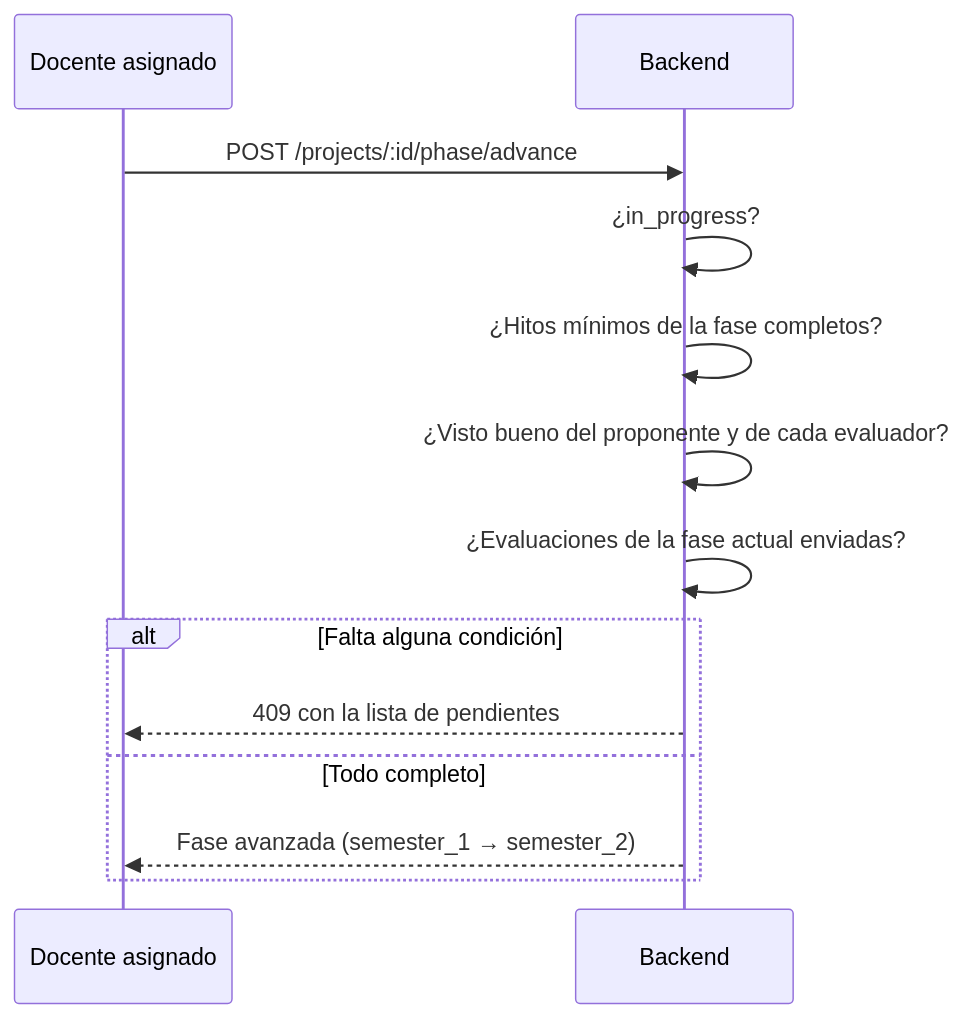
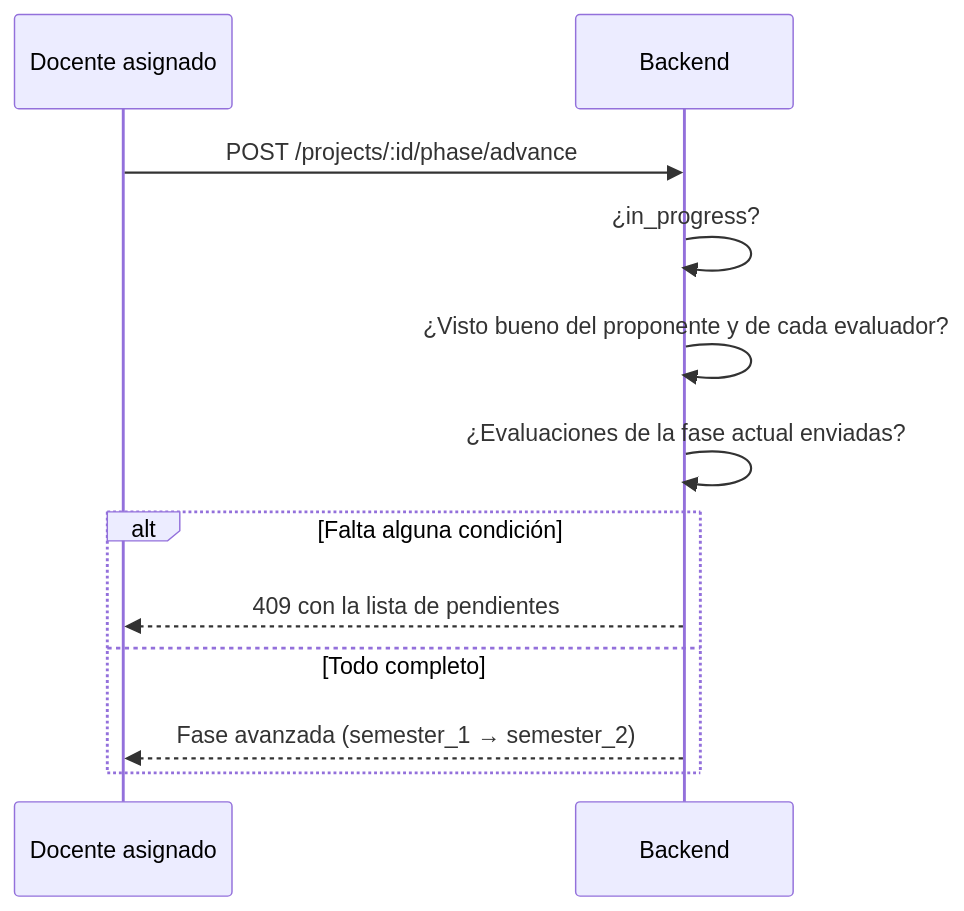
One commit to ISCOUTB/CapstoneHUB changed the seventh of 8 diagrams in docs/arc42.md. Above: the diagram before and after it, drawn with Mermaid. The commit also changed other lines of this file and 4 other files, not shown here.

````diff
--- a/docs/arc42.md
+++ b/docs/arc42.md
@@ -378,15 +378,14 @@
 ```mermaid
 sequenceDiagram
   participant T as Docente asignado
   participant API as Backend
   T->>API: POST /projects/:id/phase/advance
   API->>API: ¿in_progress?
-  API->>API: ¿Hitos mínimos de la fase completos?
   API->>API: ¿Visto bueno del proponente y de cada evaluador?
   API->>API: ¿Evaluaciones de la fase actual enviadas?
   alt Falta alguna condición
     API-->>T: 409 con la lista de pendientes
   else Todo completo
     API-->>T: Fase avanzada (semester_1 → semester_2)
   end
 ```
````
